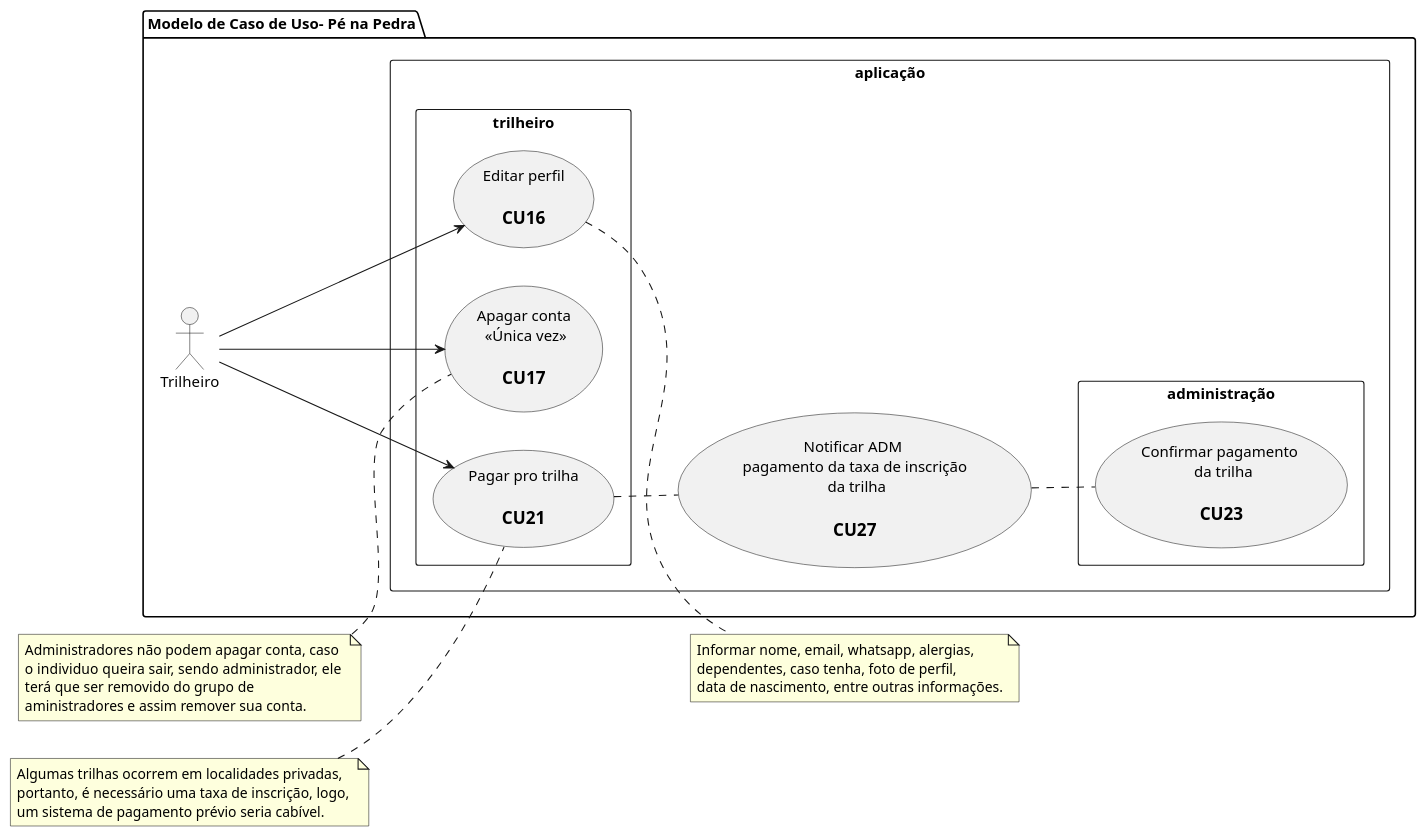
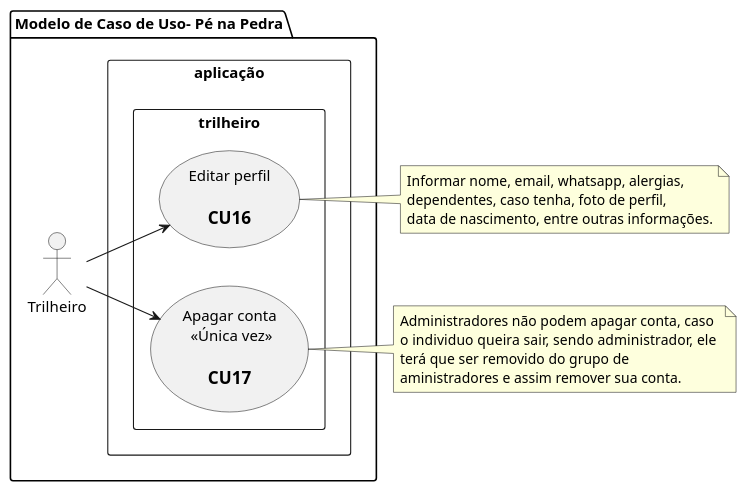
One commit to tiagors09/pe_na_pedra changed the diagram in docs/diagrams/src/pe_na_pedra_usecase_8.plantuml. Above: the diagram before and after it, drawn with PlantUML.

Commit message:
refactor: :recycle: remove uc21, uc23 and uc27

```diff
--- a/docs/diagrams/src/pe_na_pedra_usecase_8.plantuml
+++ b/docs/diagrams/src/pe_na_pedra_usecase_8.plantuml
@@ -1,52 +1,32 @@
 @startuml pe_na_pedra_usecase_8
   left to right direction
   
   package "Modelo de Caso de Uso- Pé na Pedra" {
     :Trilheiro: as tr
 
     rectangle aplicação {
-      usecase uc27 as "Notificar ADM \n pagamento da taxa de inscrição \n da trilha\n 
-        == CU27"
-
-      rectangle administração {
-        usecase uc23 as "Confirmar pagamento \n da trilha\n 
-          == CU23"
-      }
-
       rectangle trilheiro {
         usecase uc16 as "Editar perfil\n 
           == CU16"
         usecase uc17 as "Apagar conta\n <<Única vez>>\n 
           == CU17"
-        usecase uc21 as "Pagar pro trilha\n 
-          == CU21"
       }
     }
   }
 
   note right of uc16
     Informar nome, email, whatsapp, alergias,
     dependentes, caso tenha, foto de perfil,
     data de nascimento, entre outras informações.
   end note
 
-  note left of uc17
+  note right of uc17
     Administradores não podem apagar conta, caso
     o individuo queira sair, sendo administrador, ele 
     terá que ser removido do grupo de 
     aministradores e assim remover sua conta.
   end note
 
-  note left of uc21
-    Algumas trilhas ocorrem em localidades privadas,
-    portanto, é necessário uma taxa de inscrição, logo, 
-    um sistema de pagamento prévio seria cabível.
-  end note
-
-  uc21 .. uc27
-  uc27 .. uc23
-
   tr --> uc16
   tr --> uc17
-  tr --> uc21
 @enduml
```
